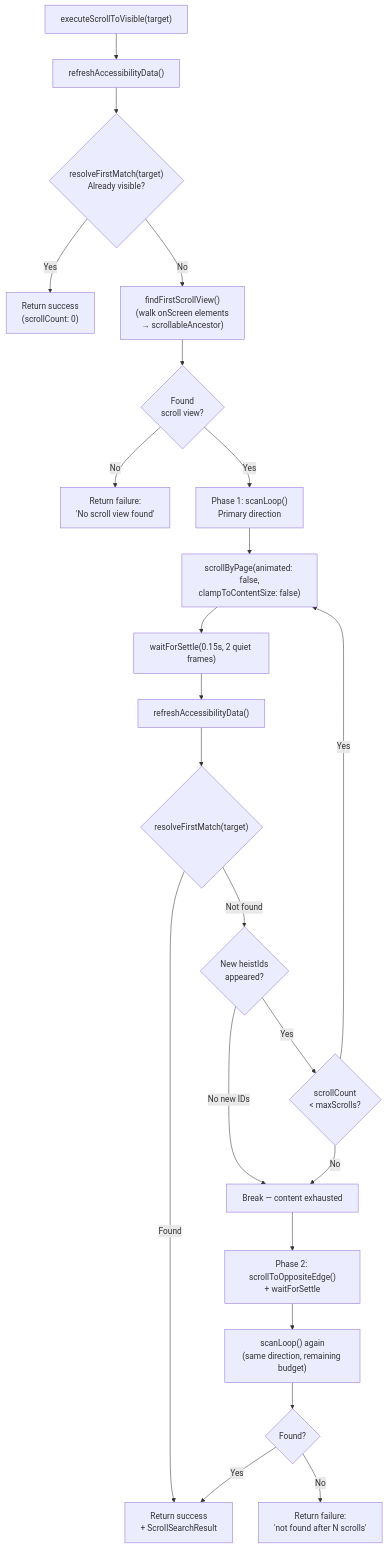
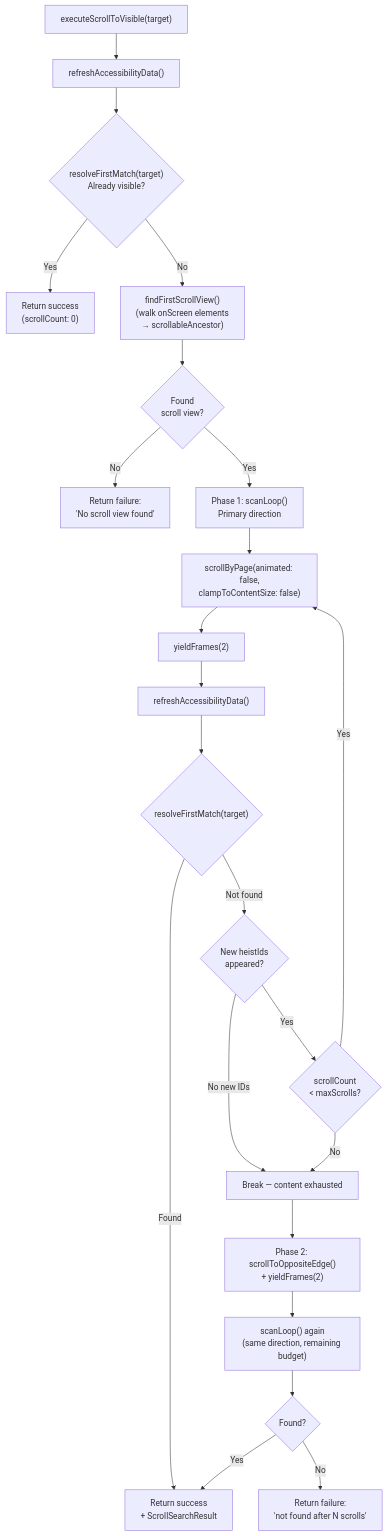
Before and after one commit to RoyalPineapple/TheButtonHeist: the eighth of 9 diagrams in docs/dossiers/13-THEBAGMAN.md, drawn with Mermaid. The commit also changed other lines of this file and 2 other files, not shown here.

Commit message:
Update dossiers: yieldFrames replaces waitForSettle in scroll loops
- 13-THEBAGMAN: scroll-to-visible diagram uses yieldFrames(2)
- 04a-SCROLLING: updated prose + diagrams for yieldFrames, removed
  UIKit/lazy fork (uniform clampToContentSize: false)
- 14-THETRIPWIRE: add yieldFrames section + diagram node, document
  CATransaction.flush + Task.yield pattern and caller table

````diff
--- a/docs/dossiers/13-THEBAGMAN.md
+++ b/docs/dossiers/13-THEBAGMAN.md
@@ -264,27 +264,27 @@
 ```mermaid
 flowchart TD
     S["executeScrollToVisible(target)"] --> REF["refreshAccessibilityData()"]
     REF --> CHK{"resolveFirstMatch(target)<br/>Already visible?"}
     CHK -->|Yes| DONE["Return success<br/>(scrollCount: 0)"]
     CHK -->|No| FSV["findFirstScrollView()<br/>(walk onScreen elements<br/>→ scrollableAncestor)"]
     FSV --> SVOK{Found<br/>scroll view?}
     SVOK -->|No| FAIL0["Return failure:<br/>'No scroll view found'"]
     SVOK -->|Yes| PH1["Phase 1: scanLoop()<br/>Primary direction"]
 
     PH1 --> SLOOP["scrollByPage(animated: false,<br/>clampToContentSize: false)"]
-    SLOOP --> SETTLE["waitForSettle(0.15s, 2 quiet frames)"]
+    SLOOP --> SETTLE["yieldFrames(2)"]
     SETTLE --> REFR["refreshAccessibilityData()"]
     REFR --> FM{"resolveFirstMatch(target)"}
     FM -->|Found| END["Return success<br/>+ ScrollSearchResult"]
     FM -->|Not found| NEW{New heistIds<br/>appeared?}
     NEW -->|No new IDs| STALL["Break — content exhausted"]
     NEW -->|Yes| BUDGET{scrollCount<br/>< maxScrolls?}
     BUDGET -->|Yes| SLOOP
     BUDGET -->|No| STALL
 
-    STALL --> PH2["Phase 2: scrollToOppositeEdge()<br/>+ waitForSettle"]
+    STALL --> PH2["Phase 2: scrollToOppositeEdge()<br/>+ yieldFrames(2)"]
     PH2 --> SCAN2["scanLoop() again<br/>(same direction, remaining budget)"]
     SCAN2 --> RESULT{Found?}
     RESULT -->|Yes| END
     RESULT -->|No| FAILN["Return failure:<br/>'not found after N scrolls'"]
 ```
````
